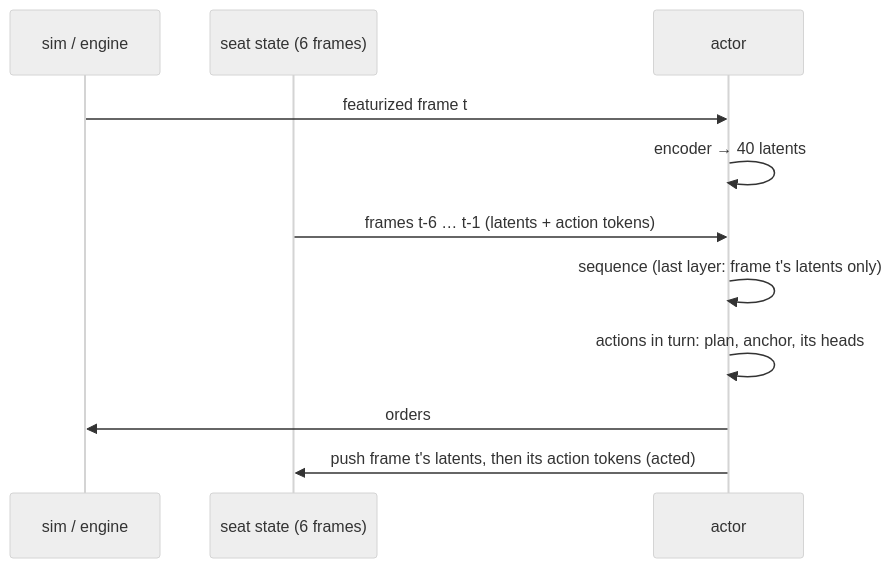
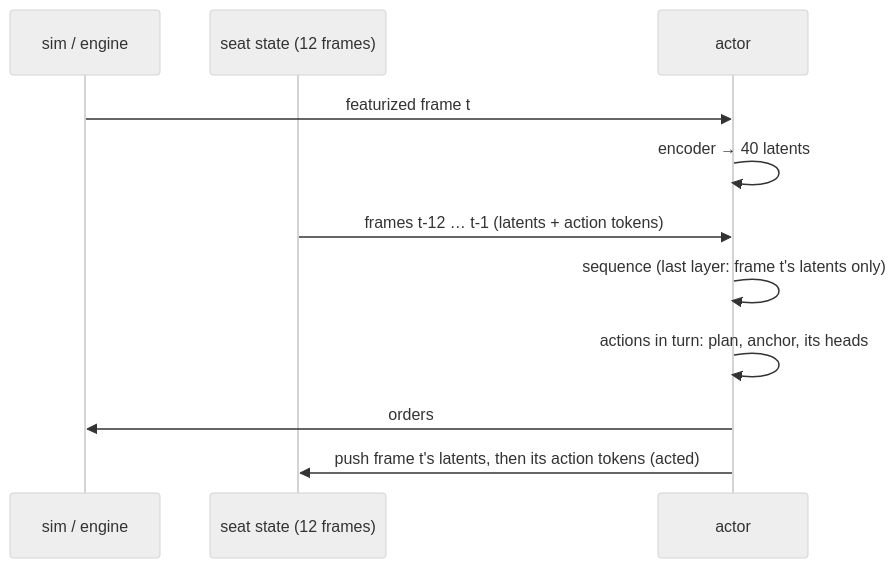
The tenth of 11 diagrams in docs/model.md (pts1667/zk-ArenaAI), drawn with Mermaid (neutral theme) before and after one commit. The commit also changed other lines of this file and 39 other files, not shown here.

````diff
--- a/docs/model.md
+++ b/docs/model.md
@@ -375,13 +403,13 @@
 ```mermaid
 sequenceDiagram
     participant Env as sim / engine
-    participant Seat as seat state (6 frames)
+    participant Seat as seat state (12 frames)
     participant Pol as actor
     Env->>Pol: featurized frame t
     Pol->>Pol: encoder → 40 latents
-    Seat->>Pol: frames t-6 … t-1 (latents + action tokens)
+    Seat->>Pol: frames t-12 … t-1 (latents + action tokens)
     Pol->>Pol: sequence (last layer: frame t's latents only)
     Pol->>Pol: actions in turn: plan, anchor, its heads
     Pol->>Env: orders
     Pol->>Seat: push frame t's latents, then its action tokens (acted)
 ```
````
